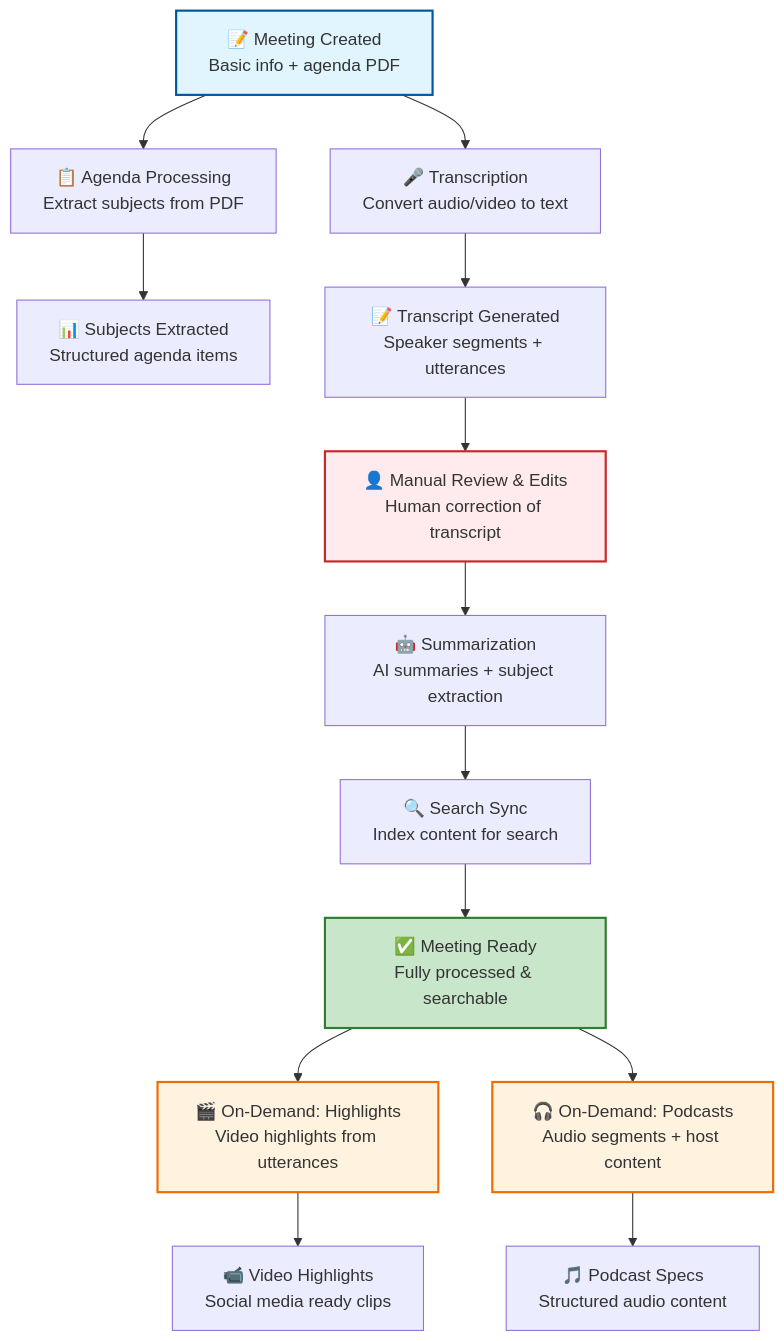
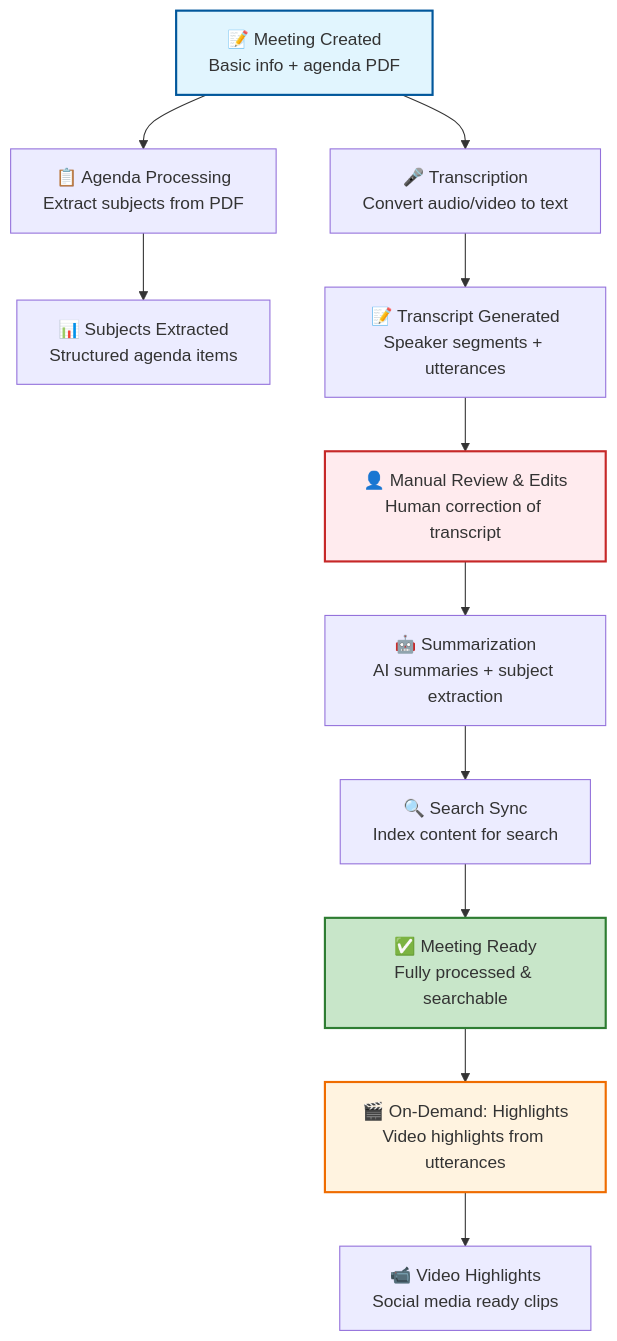
Before and after one commit to schemalabz/opencouncil: the first of 2 diagrams in docs/guides/meeting-lifecycle.md, drawn with Mermaid. The commit also changed other lines of this file and 26 other files, not shown here.

````diff
--- a/docs/guides/meeting-lifecycle.md
+++ b/docs/guides/meeting-lifecycle.md
@@ -22,26 +22,23 @@
 ```mermaid
 flowchart TD
     A[📝 Meeting Created<br/>Basic info + agenda PDF] --> B[📋 Agenda Processing<br/>Extract subjects from PDF]
     A --> C[🎤 Transcription<br/>Convert audio/video to text]
     
     B --> D[📊 Subjects Extracted<br/>Structured agenda items]
     C --> E[📝 Transcript Generated<br/>Speaker segments + utterances]
     
     E --> F[👤 Manual Review & Edits<br/>Human correction of transcript]
     F --> G[🤖 Summarization<br/>AI summaries + subject extraction]
     
     G --> H[🔍 Search Sync<br/>Index content for search]
     H --> I[✅ Meeting Ready<br/>Fully processed & searchable]
     
     I --> J[🎬 On-Demand: Highlights<br/>Video highlights from utterances]
-    I --> K[🎧 On-Demand: Podcasts<br/>Audio segments + host content]
     
     J --> L[📹 Video Highlights<br/>Social media ready clips]
-    K --> M[🎵 Podcast Specs<br/>Structured audio content]
     
     style A fill:#e1f5fe,stroke:#01579b,stroke-width:2px
     style I fill:#c8e6c9,stroke:#2e7d32,stroke-width:2px
     style J fill:#fff3e0,stroke:#ef6c00,stroke-width:2px
-    style K fill:#fff3e0,stroke:#ef6c00,stroke-width:2px
     style F fill:#ffebee,stroke:#c62828,stroke-width:2px
 ```
````
